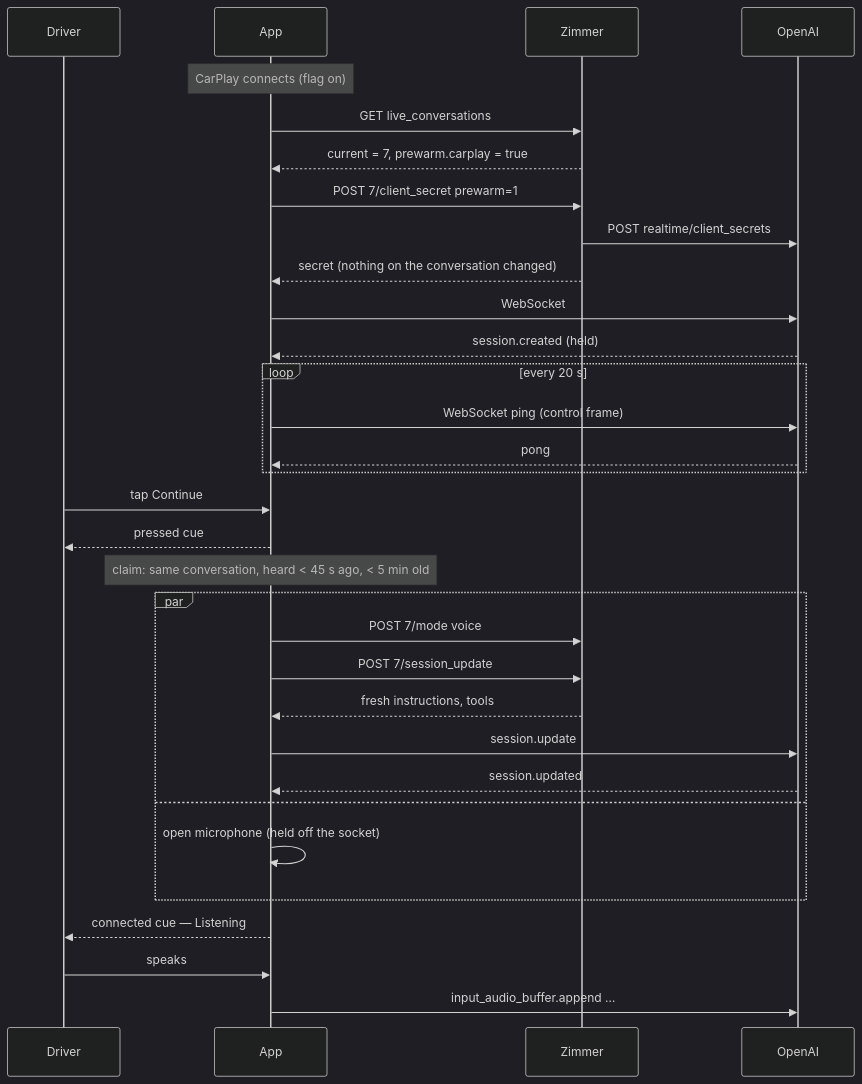
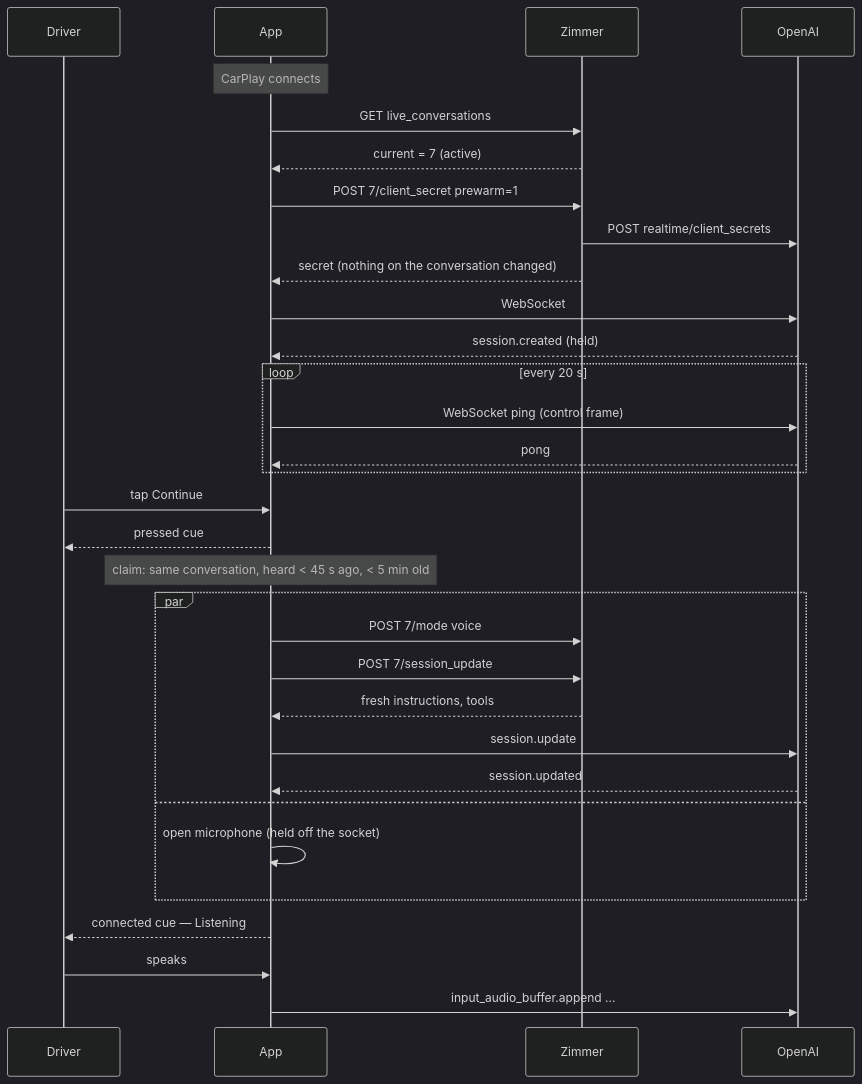
The second of 3 diagrams in ios/CARPLAY_PREWARM_DESIGN.md (tadasant/zimmer), drawn with Mermaid (dark theme) before and after one commit. The commit also changed other lines of this file and 21 other files, not shown here.

First line of the commit message:
feat(carplay-prewarm): remove the flag; pre-warm is on by default

````diff
--- a/ios/CARPLAY_PREWARM_DESIGN.md
+++ b/ios/CARPLAY_PREWARM_DESIGN.md
@@ -104,34 +104,34 @@
 ```mermaid
 sequenceDiagram
     participant D as Driver
     participant A as App
     participant Z as Zimmer
     participant O as OpenAI
-    Note over A: CarPlay connects (flag on)
+    Note over A: CarPlay connects
     A->>Z: GET live_conversations
-    Z-->>A: current = 7, prewarm.carplay = true
+    Z-->>A: current = 7 (active)
     A->>Z: POST 7/client_secret prewarm=1
     Z->>O: POST realtime/client_secrets
     Z-->>A: secret (nothing on the conversation changed)
     A->>O: WebSocket
     O-->>A: session.created (held)
     loop every 20 s
         A->>O: WebSocket ping (control frame)
         O-->>A: pong
     end
     D->>A: tap Continue
     A-->>D: pressed cue
     Note over A: claim: same conversation, heard < 45 s ago, < 5 min old
     par
         A->>Z: POST 7/mode voice
         A->>Z: POST 7/session_update
         Z-->>A: fresh instructions, tools
         A->>O: session.update
         O-->>A: session.updated
     and
         A->>A: open microphone (held off the socket)
     end
     A-->>D: connected cue — Listening
     D->>A: speaks
     A->>O: input_audio_buffer.append …
 ```
````
